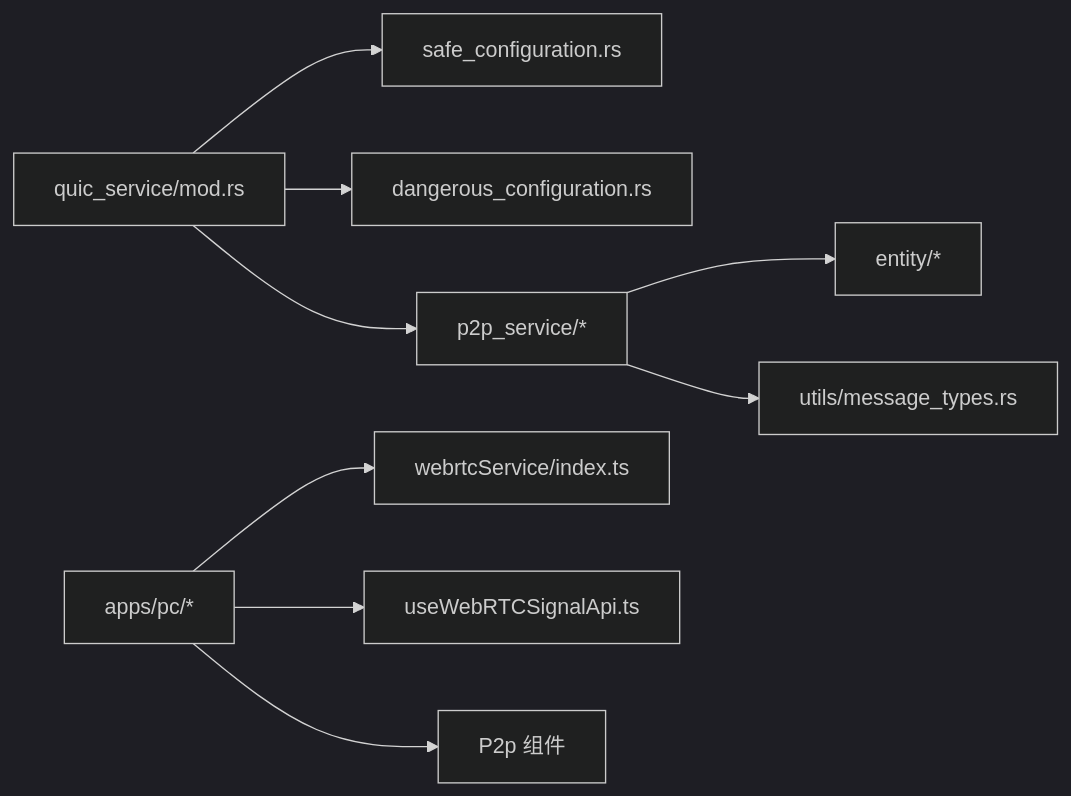
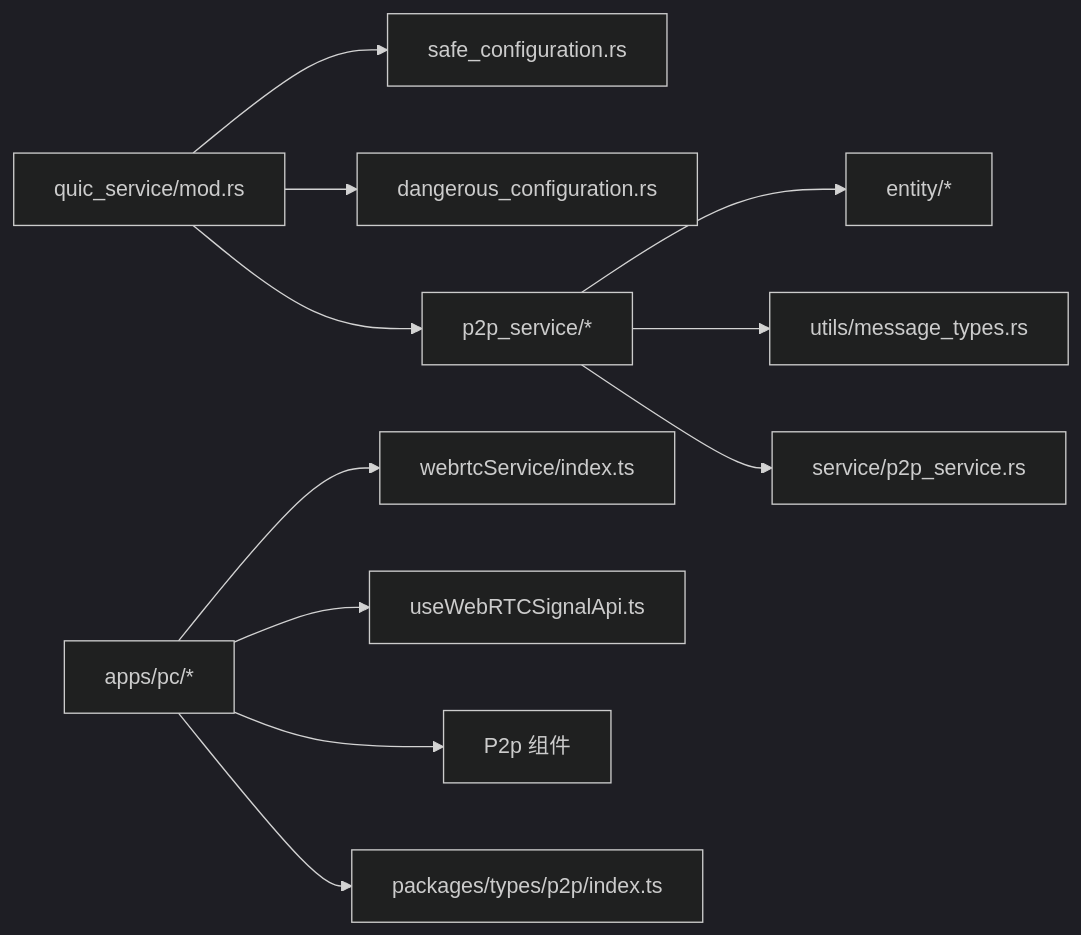
One commit to nicolastinger/only-talk-app changed diagram 11 of 11 in .qoder/repowiki/zh/content/网络通信/网络通信.md. Above: the diagram before and after it, drawn with Mermaid (dark theme). The commit also changed other lines of this file and 9 other files, not shown here.

````diff
--- a/.qoder/repowiki/zh/content/网络通信/网络通信.md
+++ b/.qoder/repowiki/zh/content/网络通信/网络通信.md
@@ -361,11 +541,13 @@
 ```mermaid
 graph LR
 QMod["quic_service/mod.rs"] --> SafeCfg["safe_configuration.rs"]
 QMod --> DngCfg["dangerous_configuration.rs"]
 QMod --> P2P["p2p_service/*"]
 P2P --> Ent["entity/*"]
 P2P --> Msg["utils/message_types.rs"]
+P2P --> FileSvc["service/p2p_service.rs"]
 FE["apps/pc/*"] --> WRS["webrtcService/index.ts"]
 FE --> Hook["useWebRTCSignalApi.ts"]
 FE --> P2PComp["P2p 组件"]
+FE --> P2PTypes["packages/types/p2p/index.ts"]
 ```
````
